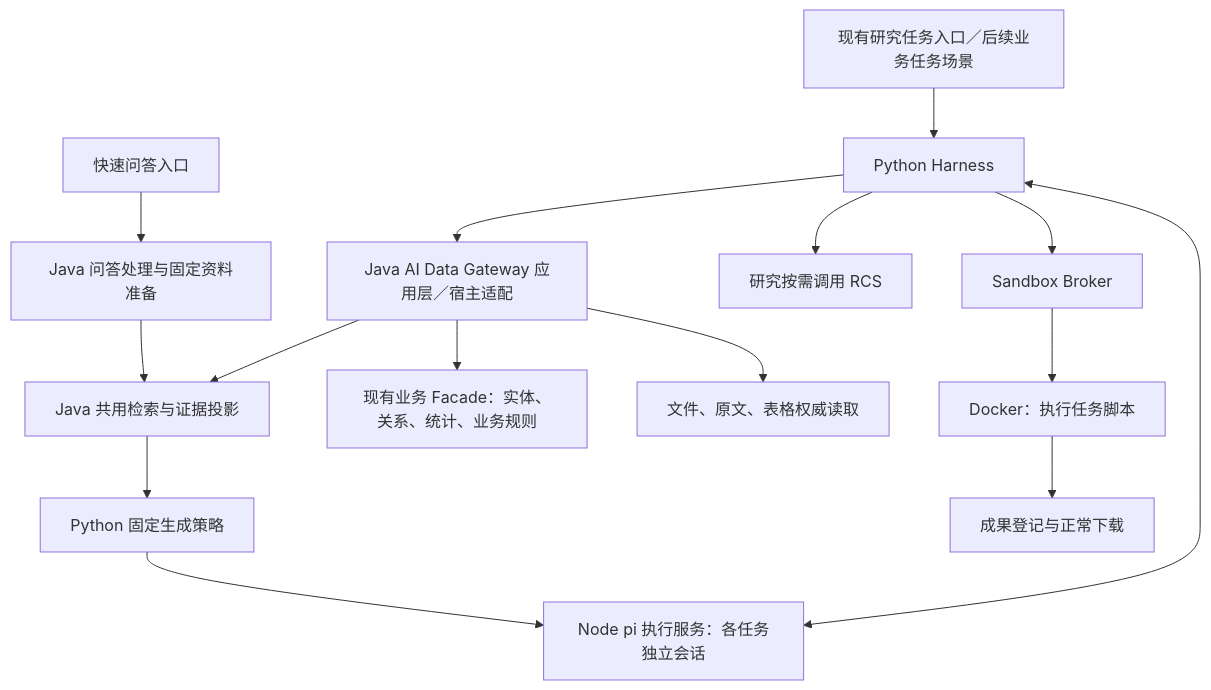
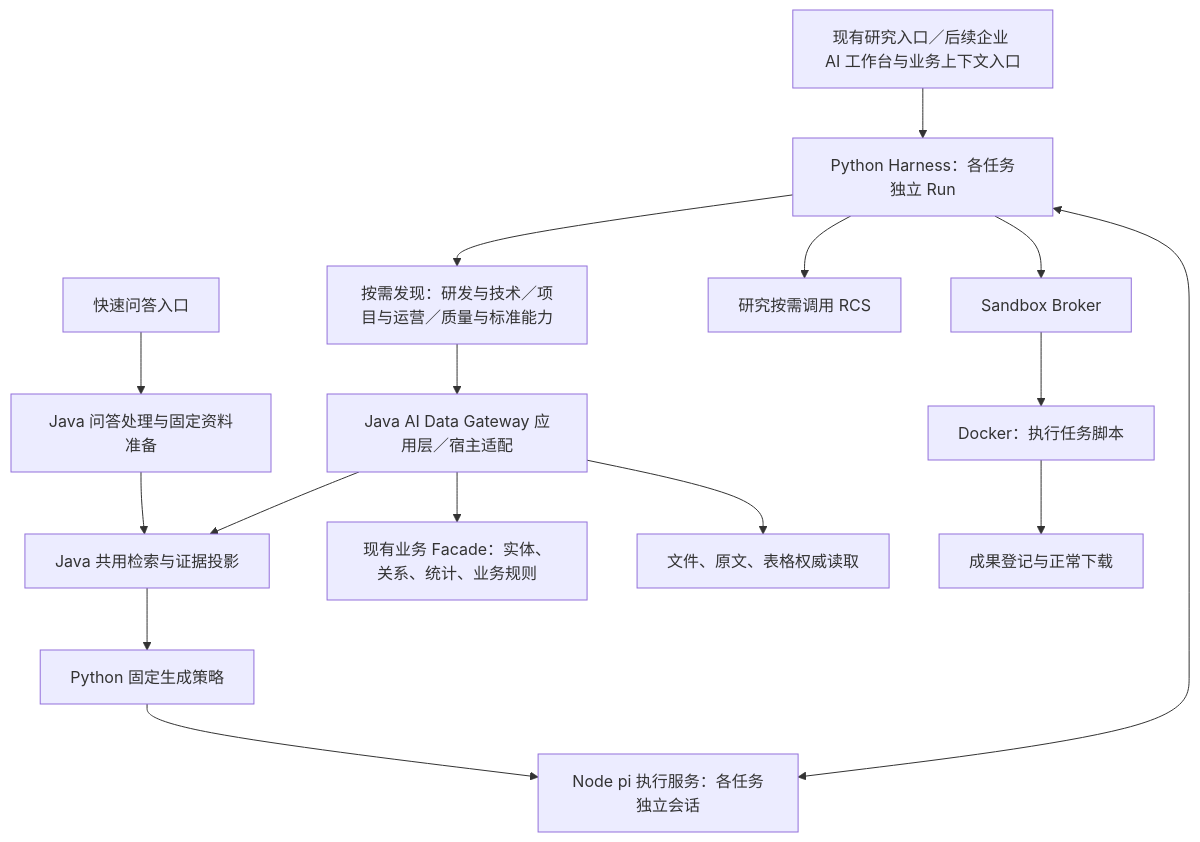
Before and after one commit to SSgr01/jsd-aird: the diagram in docs/architecture/enterprise-ai-data-and-assistants-plan.md, drawn with Mermaid. The commit also changed other lines of this file and 142 other files, not shown here.

````diff
--- a/docs/architecture/enterprise-ai-data-and-assistants-plan.md
+++ b/docs/architecture/enterprise-ai-data-and-assistants-plan.md
@@ -58,17 +66,18 @@
 ```mermaid
 flowchart TD
     QA[快速问答入口] --> QAH[Java 问答处理与固定资料准备]
-    AG[现有研究任务入口／后续业务任务场景] --> H[Python Harness]
+    AG[现有研究入口／后续企业 AI 工作台与业务上下文入口] --> H[Python Harness：各任务独立 Run]
+    H --> PACKS[按需发现：研发与技术／项目与运营／质量与标准能力]
     QAH --> RET[Java 共用检索与证据投影]
     RET --> FIX[Python 固定生成策略]
     FIX --> PI[Node pi 执行服务：各任务独立会话]
     H <--> PI
-    H --> GW[Java AI Data Gateway 应用层／宿主适配]
+    PACKS --> GW[Java AI Data Gateway 应用层／宿主适配]
     GW --> BIZ[现有业务 Facade：实体、关系、统计、业务规则]
     GW --> RET
     GW --> READ[文件、原文、表格权威读取]
     H --> RCS[研究按需调用 RCS]
     H --> BROKER[Sandbox Broker]
     BROKER --> DOCKER[Docker：执行任务脚本]
     DOCKER --> ART[成果登记与正常下载]
 ```
````
